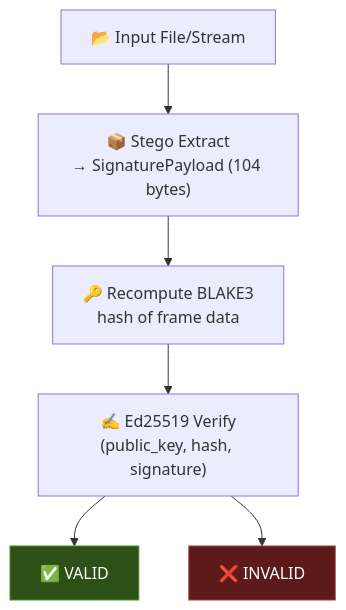
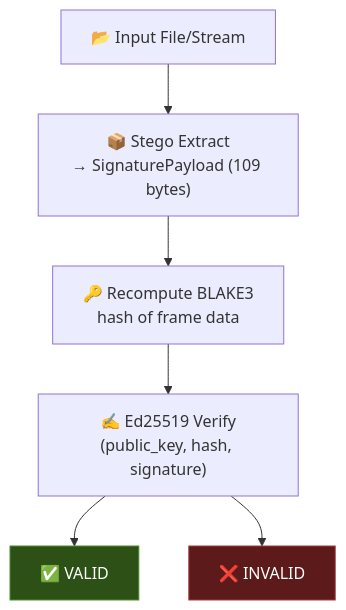
Before and after one commit to docxology/steganographer: the fourth of 5 diagrams in docs/architecture.md, drawn with Mermaid. The commit also changed other lines of this file and 15 other files, not shown here.

````diff
--- a/docs/architecture.md
+++ b/docs/architecture.md
@@ -154,10 +154,10 @@
 ```mermaid
 flowchart TD
-    INPUT["📂 Input File/Stream"] --> EXTRACT["📦 Stego Extract\n→ SignaturePayload (104 bytes)"]
+    INPUT["📂 Input File/Stream"] --> EXTRACT["📦 Stego Extract\n→ SignaturePayload (109 bytes)"]
     EXTRACT --> HASH["🔑 Recompute BLAKE3\nhash of frame data"]
     HASH --> VERIFY["✍️ Ed25519 Verify\n(public_key, hash, signature)"]
     VERIFY --> VALID["✅ VALID"]
     VERIFY --> INVALID["❌ INVALID"]
     style VALID fill:#2d5016,stroke:#4a8c2a,color:#fff
     style INVALID fill:#5c1a1a,stroke:#a33c3c,color:#fff
 ```
````
